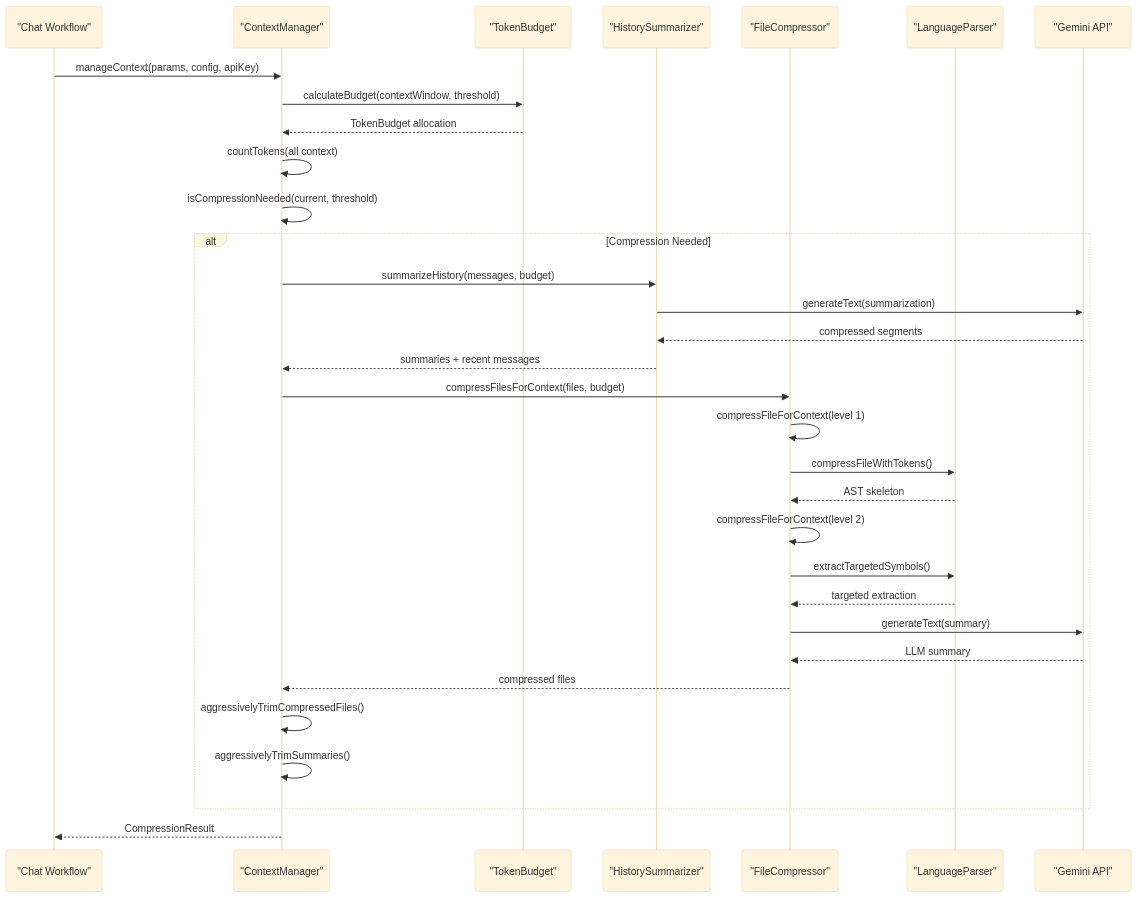
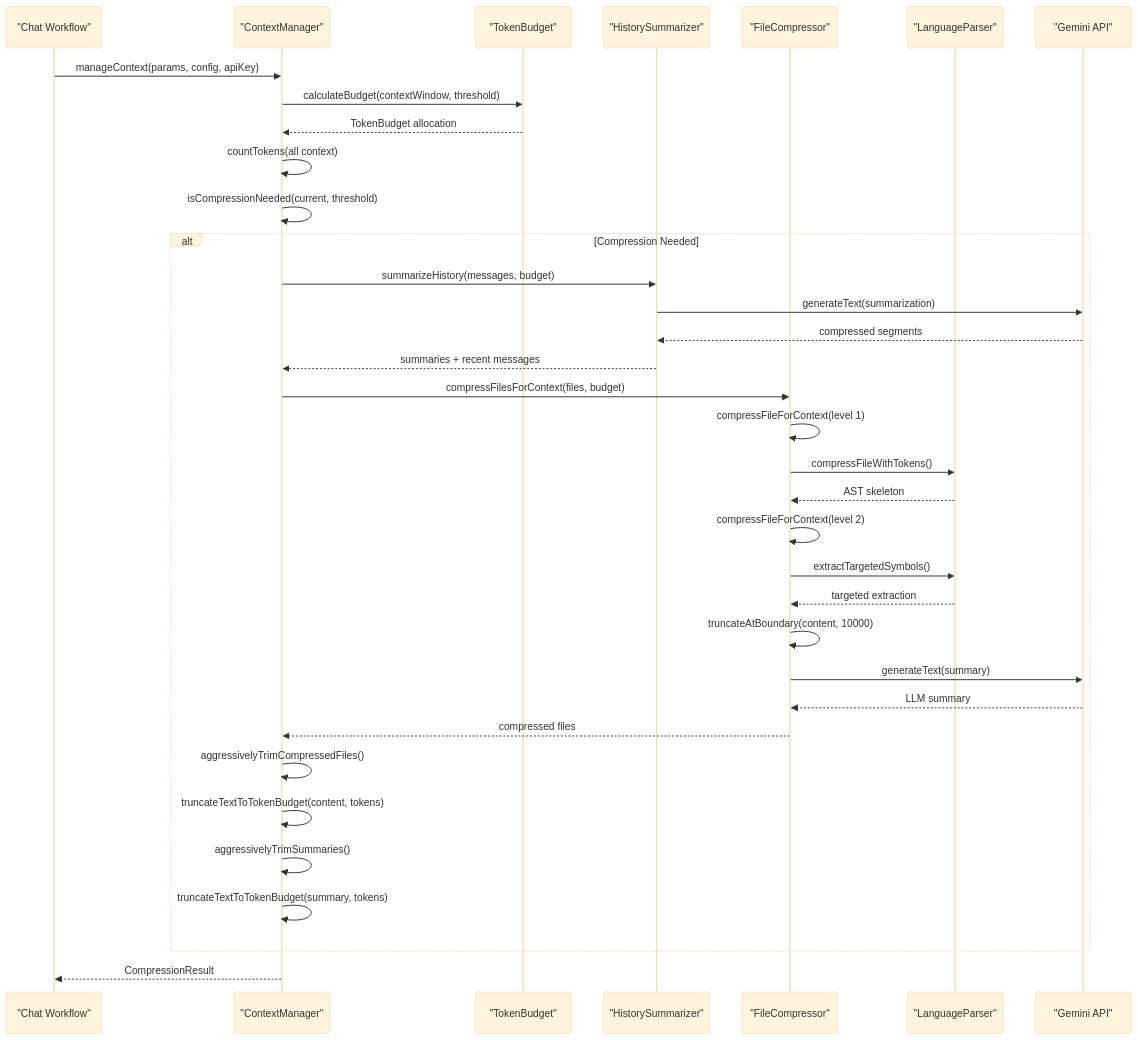
The second of 7 diagrams in .qoder/repowiki/en/content/Core Features/Compression Engine Architecture.md (bramburn/repomix-runner), drawn with Mermaid (base theme) before and after one commit. The commit also changed other lines of this file and 27 other files, not shown here.

````diff
--- a/.qoder/repowiki/en/content/Core Features/Compression Engine Architecture.md
+++ b/.qoder/repowiki/en/content/Core Features/Compression Engine Architecture.md
@@ -140,34 +157,37 @@
 ```mermaid
 sequenceDiagram
 participant Client as "Chat Workflow"
 participant CM as "ContextManager"
 participant TB as "TokenBudget"
 participant HS as "HistorySummarizer"
 participant FC as "FileCompressor"
 participant LP as "LanguageParser"
 participant API as "Gemini API"
 Client->>CM : manageContext(params, config, apiKey)
 CM->>TB : calculateBudget(contextWindow, threshold)
 TB-->>CM : TokenBudget allocation
 CM->>CM : countTokens(all context)
 CM->>CM : isCompressionNeeded(current, threshold)
 alt Compression Needed
 CM->>HS : summarizeHistory(messages, budget)
 HS->>API : generateText(summarization)
 API-->>HS : compressed segments
 HS-->>CM : summaries + recent messages
 CM->>FC : compressFilesForContext(files, budget)
 FC->>FC : compressFileForContext(level 1)
 FC->>LP : compressFileWithTokens()
 LP-->>FC : AST skeleton
 FC->>FC : compressFileForContext(level 2)
 FC->>LP : extractTargetedSymbols()
 LP-->>FC : targeted extraction
+FC->>FC : truncateAtBoundary(content, 10000)
 FC->>API : generateText(summary)
 API-->>FC : LLM summary
 FC-->>CM : compressed files
 CM->>CM : aggressivelyTrimCompressedFiles()
+CM->>CM : truncateTextToTokenBudget(content, tokens)
 CM->>CM : aggressivelyTrimSummaries()
+CM->>CM : truncateTextToTokenBudget(summary, tokens)
 end
 CM-->>Client : CompressionResult
 ```
````
